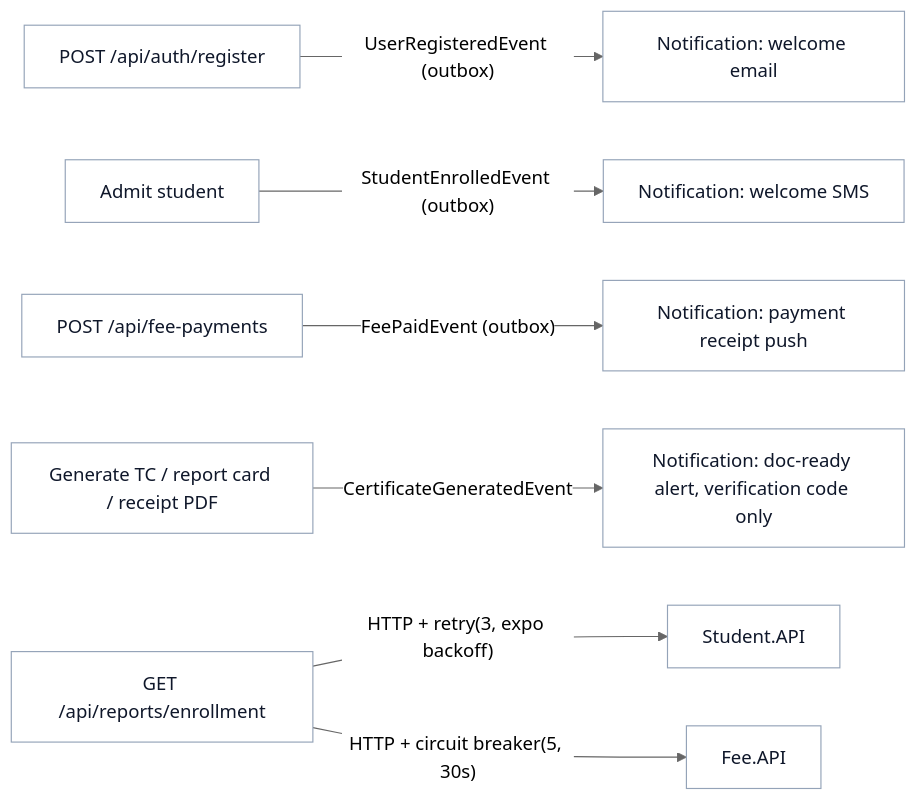
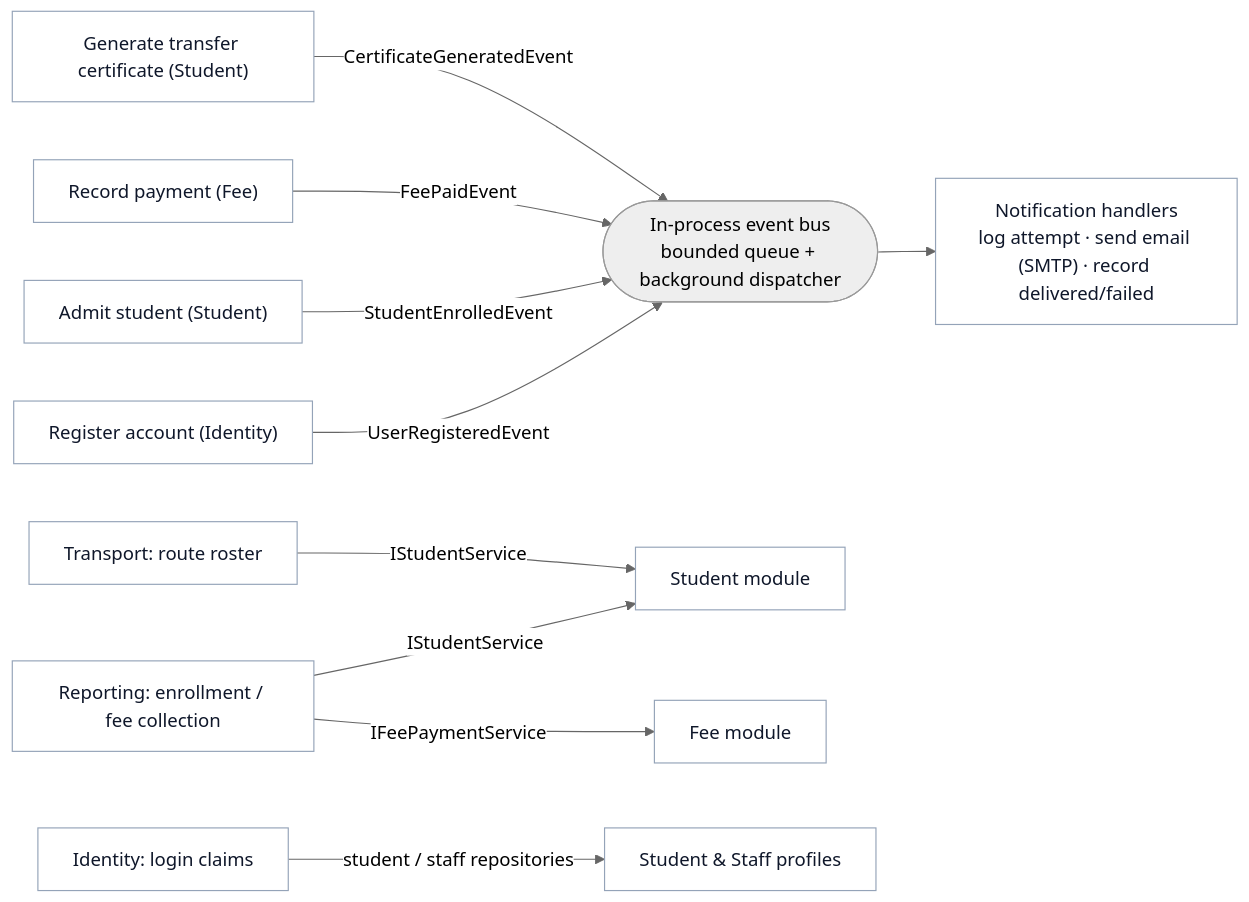
One commit to ojas2005/GKMPS-School-portal changed the second of 17 diagrams in ARCHITECTURE.md. Above: the diagram before and after it, drawn with Mermaid (neutral theme). The commit also changed other lines of this file and 2 other files, not shown here.

First line of the commit message:
Document the n-tier architecture

````diff
--- a/ARCHITECTURE.md
+++ b/ARCHITECTURE.md
@@ -79,13 +58,16 @@
 ```mermaid
 flowchart LR
-  REG["POST /api/auth/register"] -->|"UserRegisteredEvent (outbox)"| N1["Notification: welcome email"]
-  ADM["Admit student"] -->|"StudentEnrolledEvent (outbox)"| N2["Notification: welcome SMS"]
-  PAY["POST /api/fee-payments"] -->|"FeePaidEvent (outbox)"| N3["Notification: payment receipt push"]
-  CERT["Generate TC / report card / receipt PDF"] -->|"CertificateGeneratedEvent"| N4["Notification: doc-ready alert, verification code only"]
+  REG["Register account (Identity)"] -->|"UserRegisteredEvent"| BUS(["In-process event bus<br/>bounded queue + background dispatcher"])
+  ADM["Admit student (Student)"] -->|"StudentEnrolledEvent"| BUS
+  PAY["Record payment (Fee)"] -->|"FeePaidEvent"| BUS
+  CERT["Generate transfer certificate (Student)"] -->|"CertificateGeneratedEvent"| BUS
+  BUS --> NH["Notification handlers<br/>log attempt · send email (SMTP) · record delivered/failed"]
 
-  RPT["GET /api/reports/enrollment"] -->|"HTTP + retry(3, expo backoff)"| ST2["Student.API"]
-  RPT -->|"HTTP + circuit breaker(5, 30s)"| FE2["Fee.API"]
+  RPT["Reporting: enrollment / fee collection"] -->|"IStudentService"| ST2["Student module"]
+  RPT -->|"IFeePaymentService"| FE2["Fee module"]
+  TRN["Transport: route roster"] -->|"IStudentService"| ST2
+  LOGIN["Identity: login claims"] -->|"student / staff repositories"| PROF["Student & Staff profiles"]
 
   classDef e fill:#ffffff,stroke:#94a3b8,color:#0f172a;
-  class REG,ADM,PAY,CERT,N1,N2,N3,N4,RPT,ST2,FE2 e;
+  class REG,ADM,PAY,CERT,NH,RPT,ST2,FE2,TRN,LOGIN,PROF e;
 ```
````
